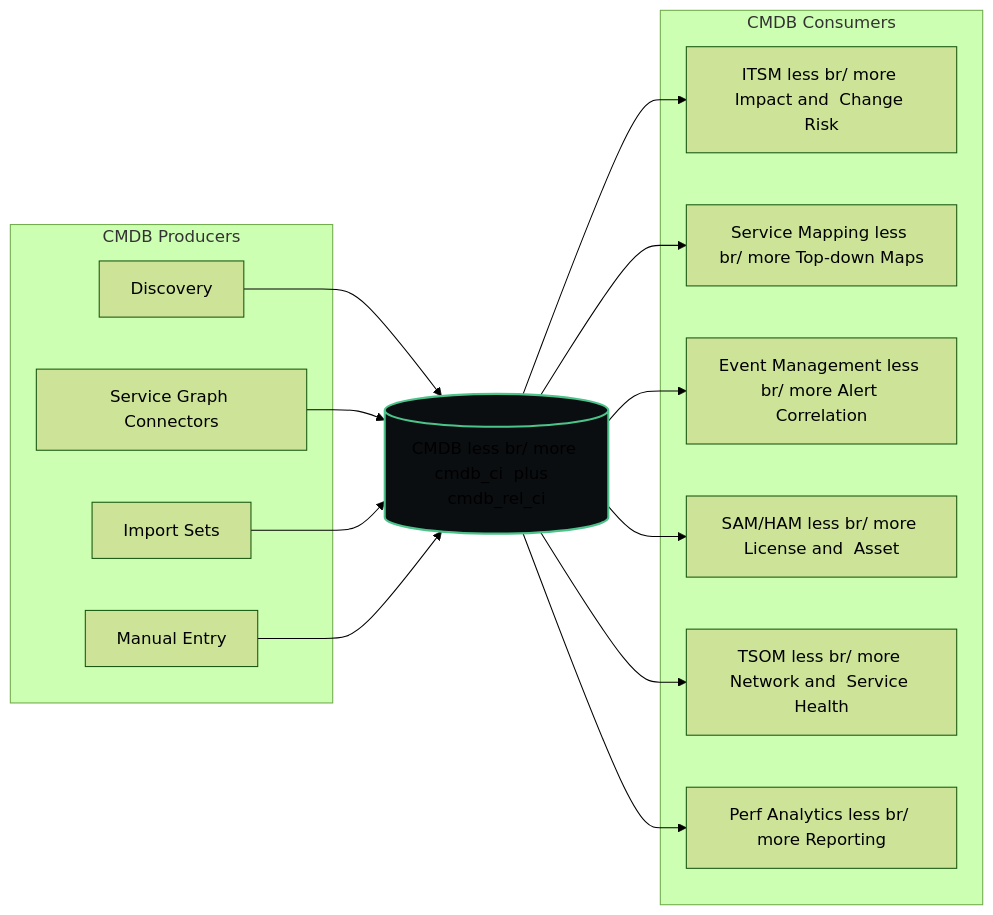
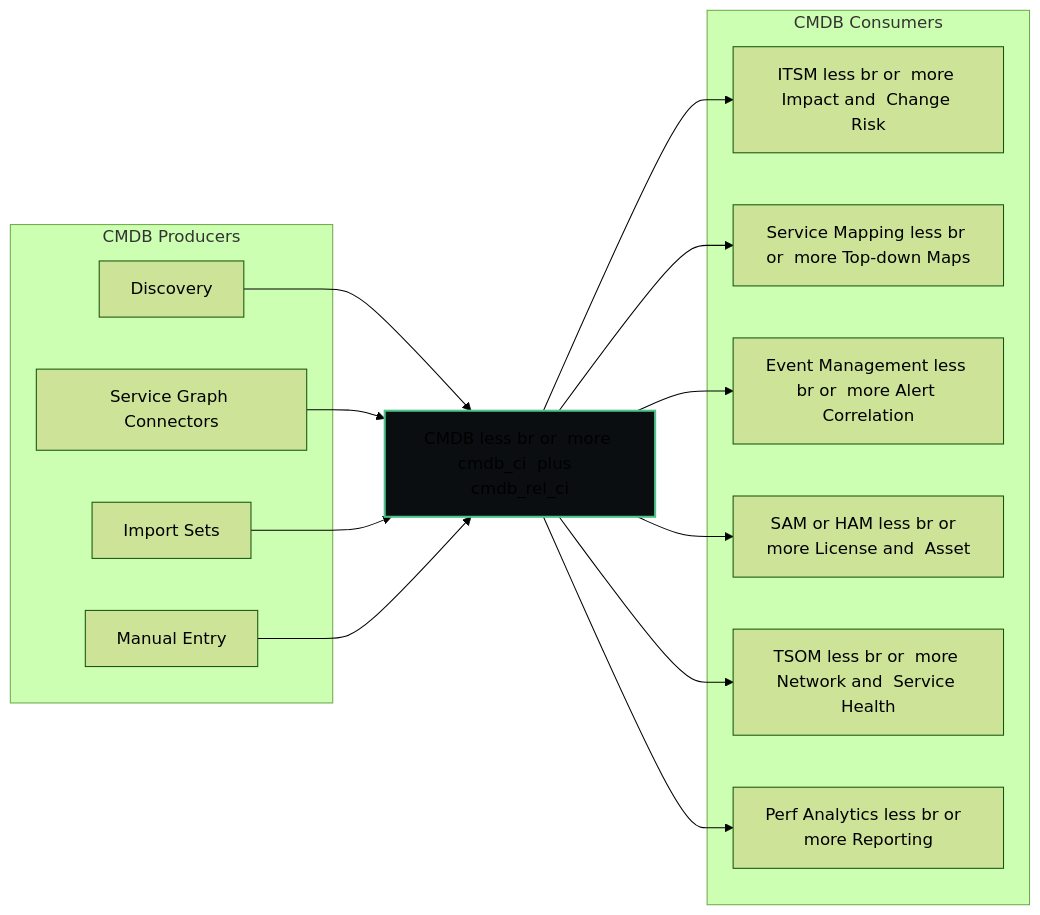
The fifth of 22 diagrams in docs/modules/cmdb/cmdb-guide.md (eltonaguiar/ServiceNow_Learning_TSOM-_CSM_FSM_SalesCRM_HAM_ITSM), drawn with Mermaid (forest theme) before and after one commit. The commit also changed other lines of this file and 19 other files, not shown here.

First line of the commit message:
Fix Mermaid diagram syntax errors - replace problematic chars in text content only

````diff
--- a/docs/modules/cmdb/cmdb-guide.md
+++ b/docs/modules/cmdb/cmdb-guide.md
@@ -541,34 +541,34 @@
 ```mermaid
 flowchart LR
     subgraph "CMDB Producers"
         DISC[Discovery]
         SGC[Service Graph Connectors]
         IMP[Import Sets]
         MAN[Manual Entry]
     end
     
-    CMDB[(CMDB less br/ more cmdb_ci  plus  cmdb_rel_ci)]
+    CMDB[CMDB less br or  more cmdb_ci  plus  cmdb_rel_ci]
     
     subgraph "CMDB Consumers"
-        ITSM[ITSM less br/ more Impact and  Change Risk]
-        SM[Service Mapping less br/ more Top-down Maps]
-        EVT[Event Management less br/ more Alert Correlation]
-        SAM[SAM/HAM less br/ more License and  Asset]
-        TSOM[TSOM less br/ more Network and  Service Health]
-        PA[Perf Analytics less br/ more Reporting]
+        ITSM[ITSM less br or  more Impact and  Change Risk]
+        SM[Service Mapping less br or  more Top-down Maps]
+        EVT[Event Management less br or  more Alert Correlation]
+        SAM[SAM or HAM less br or  more License and  Asset]
+        TSOM[TSOM less br or  more Network and  Service Health]
+        PA[Perf Analytics less br or  more Reporting]
     end
     
     DISC --> CMDB
     SGC --> CMDB
     IMP --> CMDB
     MAN --> CMDB
     
     CMDB --> ITSM
     CMDB --> SM
     CMDB --> EVT
     CMDB --> SAM
     CMDB --> TSOM
     CMDB --> PA
     
     style CMDB fill:#0b0e11,stroke:#4cc38a,stroke-width:2px
 ```
````
